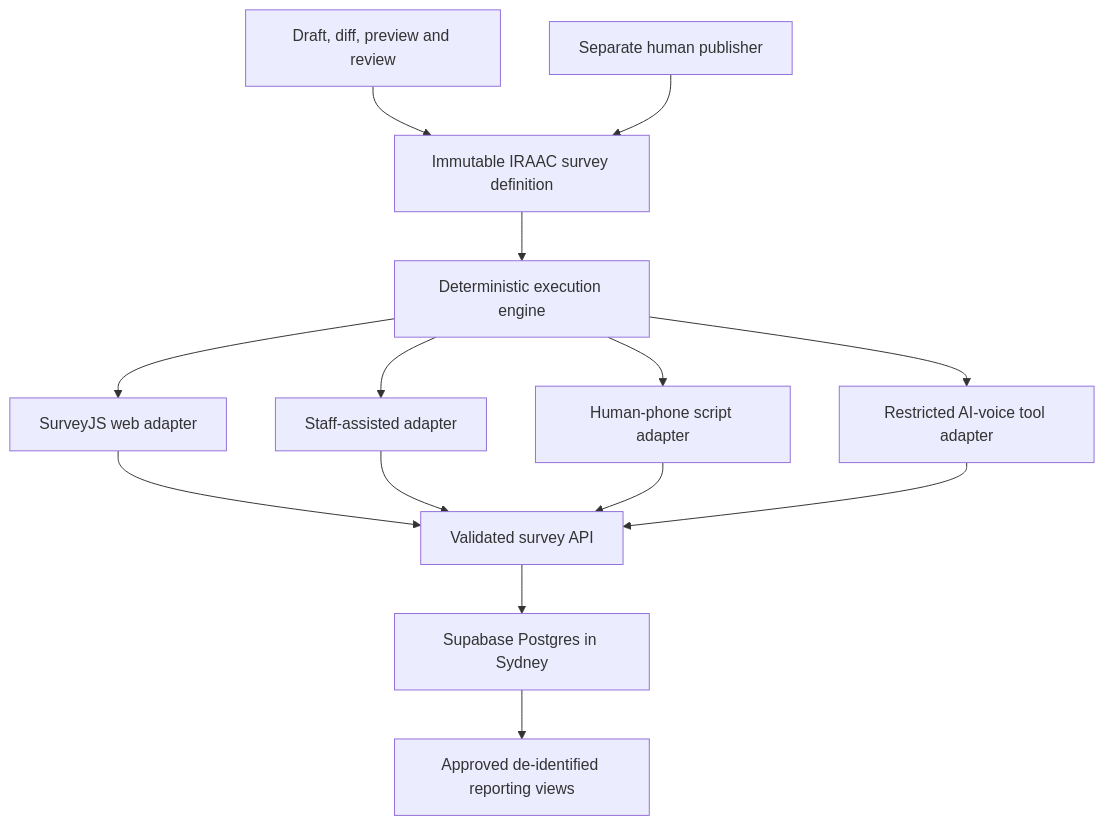
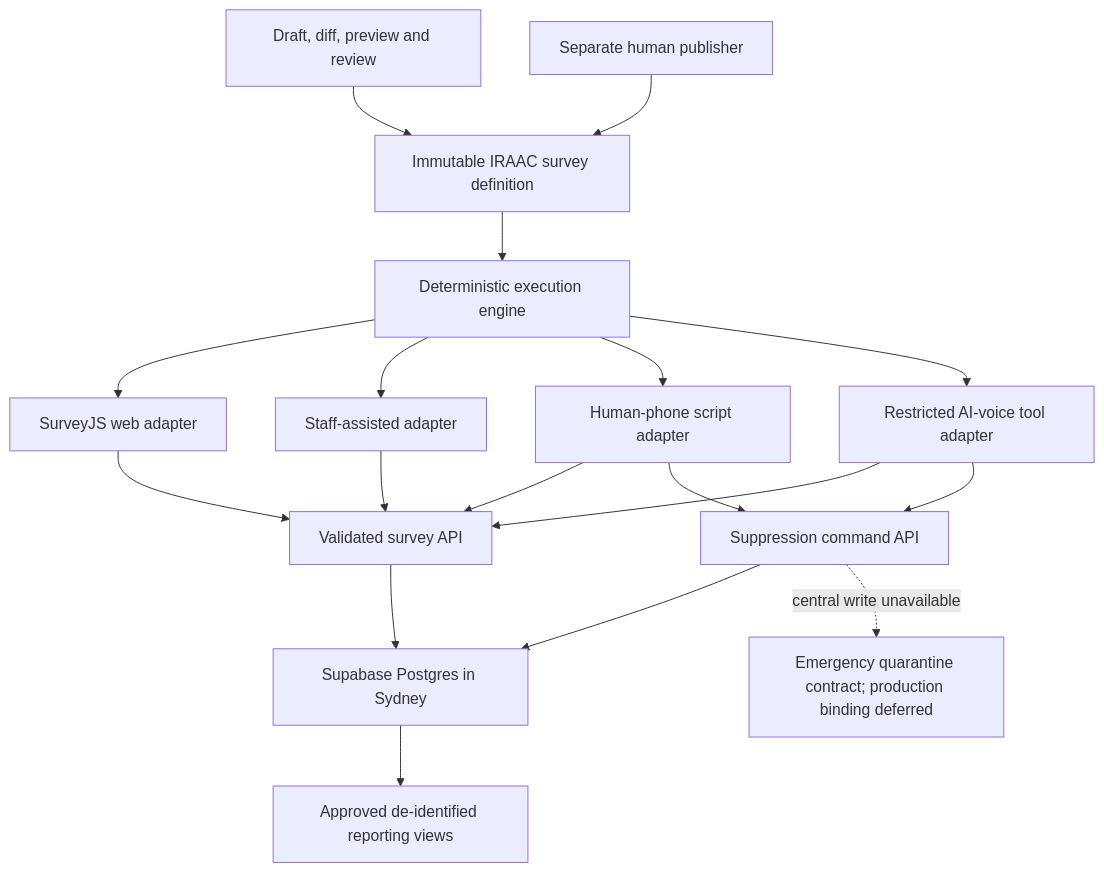
Before and after one commit to iraac-dev/iraac-website: the diagram in docs/plans/2026-07-31-001-feat-canonical-survey-platform-plan.md, drawn with Mermaid. The commit also changed other lines of this file and 4 other files, not shown here.

````diff
--- a/docs/plans/2026-07-31-001-feat-canonical-survey-platform-plan.md
+++ b/docs/plans/2026-07-31-001-feat-canonical-survey-platform-plan.md
@@ -157,16 +173,20 @@
 ```mermaid
 flowchart TB
   D["Immutable IRAAC survey definition"] --> E["Deterministic execution engine"]
   E --> W["SurveyJS web adapter"]
   E --> S["Staff-assisted adapter"]
   E --> H["Human-phone script adapter"]
   E --> V["Restricted AI-voice tool adapter"]
   W --> A["Validated survey API"]
   S --> A
   H --> A
   V --> A
+  H --> X["Suppression command API"]
+  V --> X
+  X --> P
+  X -. "central write unavailable" .-> Q["Emergency quarantine contract; production binding deferred"]
   A --> P["Supabase Postgres in Sydney"]
   P --> R["Approved de-identified reporting views"]
   G["Draft, diff, preview and review"] --> D
   U["Separate human publisher"] --> D
 ```
````
